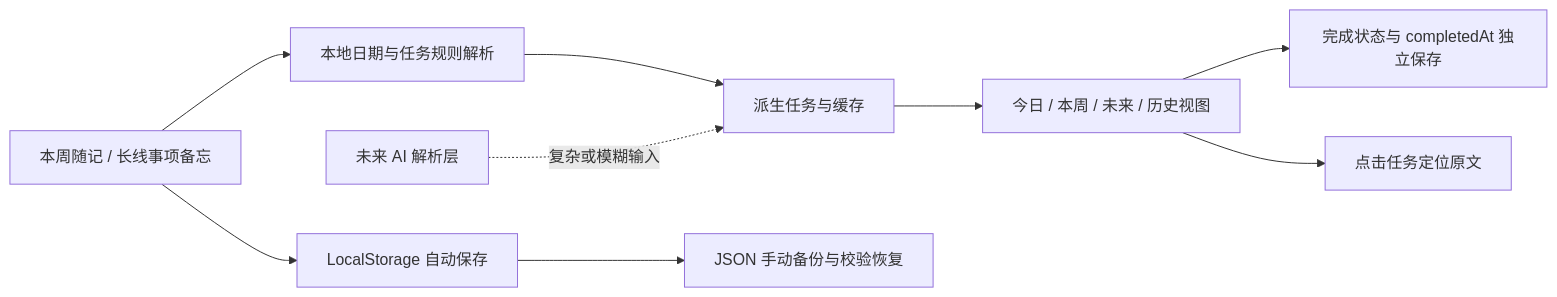
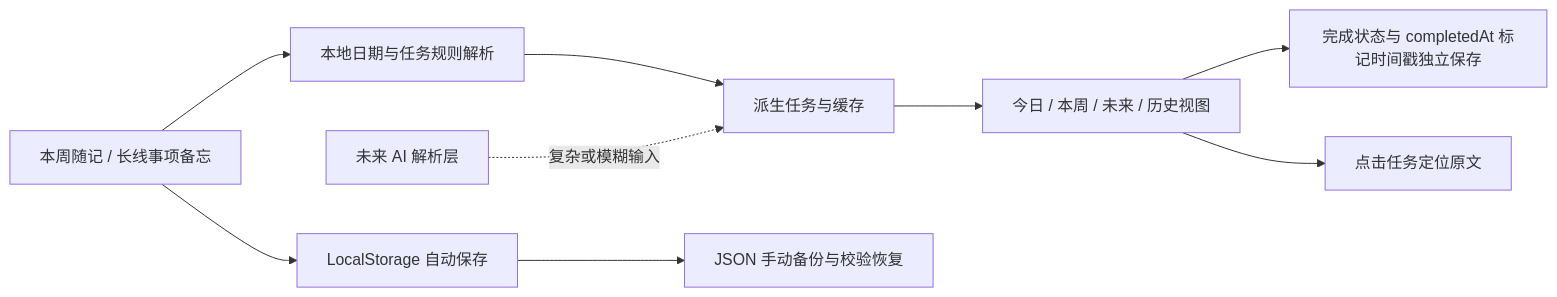
The diagram in docs/DECISIONS_AND_ARCHITECTURE.md (yadingW/ddl-assistant), drawn with Mermaid before and after one commit. The commit also changed other lines of this file and 7 other files, not shown here.

````diff
--- a/docs/DECISIONS_AND_ARCHITECTURE.md
+++ b/docs/DECISIONS_AND_ARCHITECTURE.md
@@ -215,11 +215,11 @@
 ```mermaid
 flowchart LR
     A[本周随记 / 长线事项备忘] --> B[LocalStorage 自动保存]
     A --> C[本地日期与任务规则解析]
     C --> D[派生任务与缓存]
     D --> E[今日 / 本周 / 未来 / 历史视图]
-    E --> F[完成状态与 completedAt 独立保存]
+    E --> F[完成状态与 completedAt 标记时间戳独立保存]
     E --> G[点击任务定位原文]
     B --> H[JSON 手动备份与校验恢复]
     I[未来 AI 解析层] -.复杂或模糊输入.-> D
 ```
````
